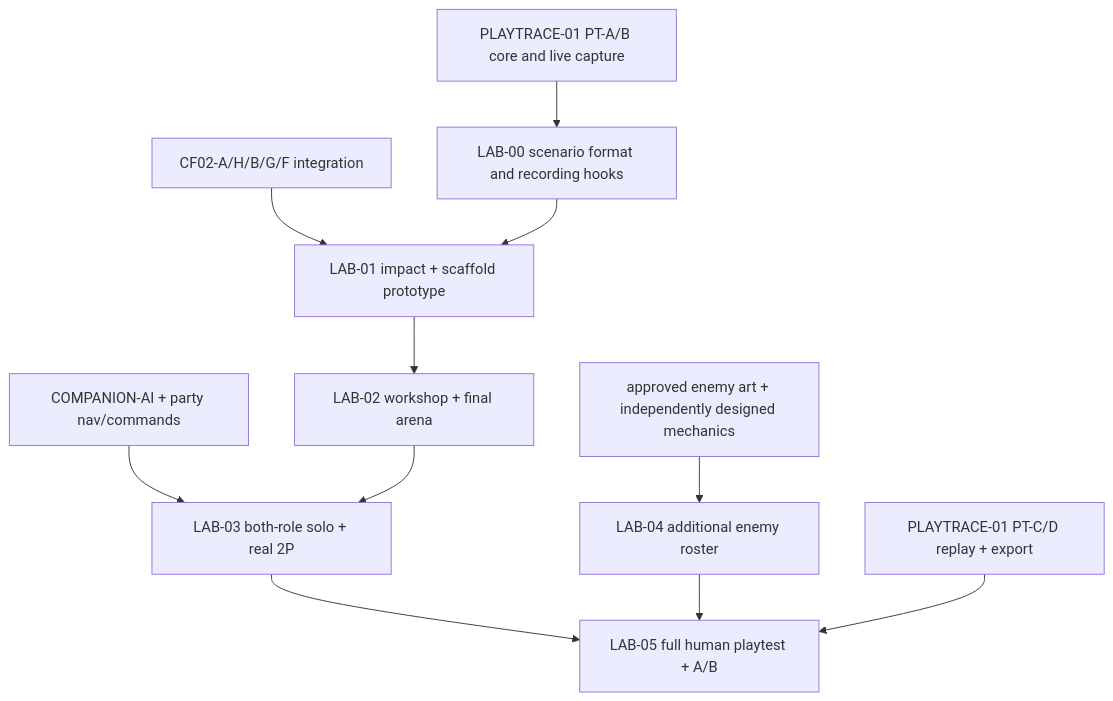
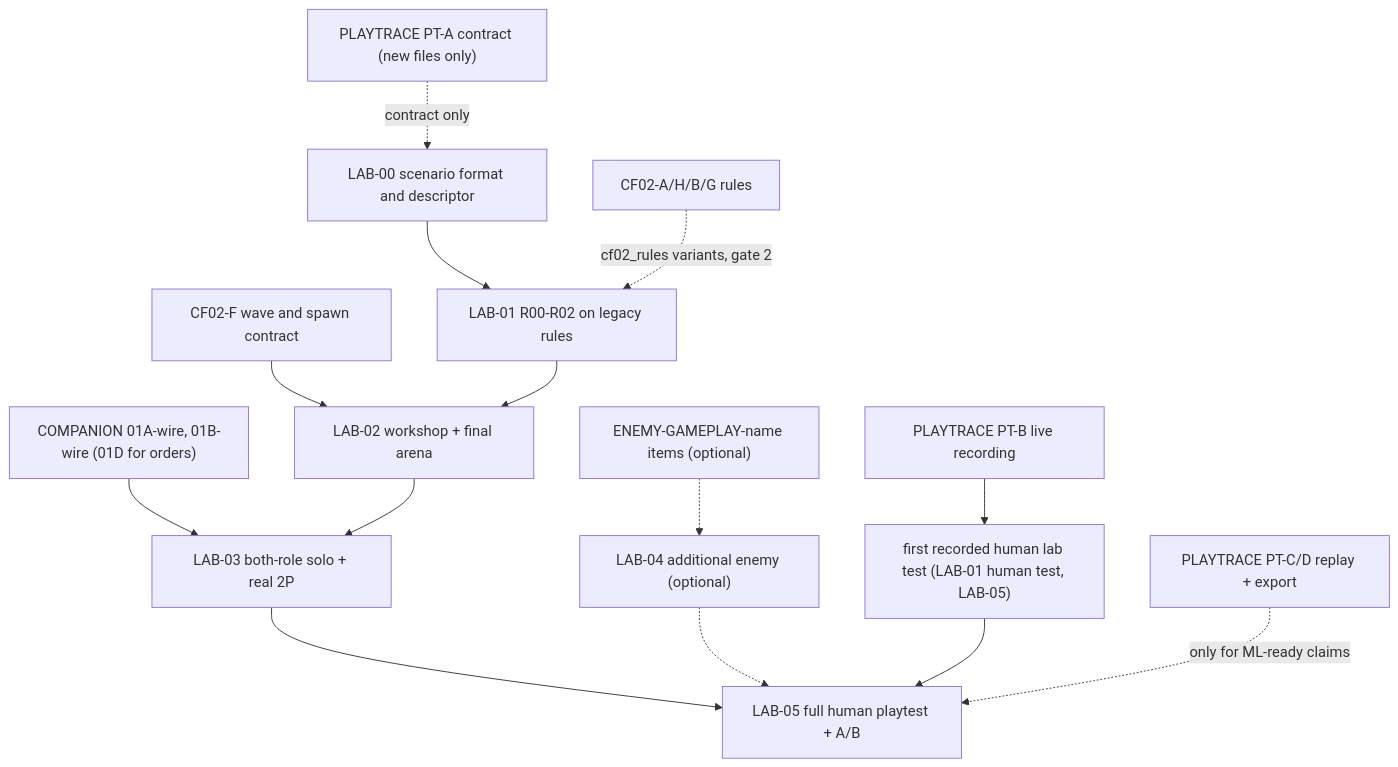
One commit to pando85/dungeon-floorbreak changed the diagram in docs/01-design/combat-lab-01-advanced-playtest.md. Above: the diagram before and after it, drawn with Mermaid. The commit also changed other lines of this file and 7 other files, not shown here.

Commit message:
docs(combat-lab, playtrace): address independent reviews round 1

````diff
--- a/docs/01-design/combat-lab-01-advanced-playtest.md
+++ b/docs/01-design/combat-lab-01-advanced-playtest.md
@@ -113,13 +122,16 @@
 ```mermaid
 flowchart TD
- PT["PLAYTRACE-01 PT-A/B core and live capture"] --> LAB0["LAB-00 scenario format and recording hooks"]
- CF["CF02-A/H/B/G/F integration"] --> LAB1["LAB-01 impact + scaffold prototype"]
- LAB0 --> LAB1
- CA["COMPANION-AI + party nav/commands"] --> LAB3["LAB-03 both-role solo + real 2P"]
- LAB1 --> LAB2["LAB-02 workshop + final arena"]
+ PTA["PLAYTRACE PT-A contract (new files only)"] -.->|contract only| LAB0["LAB-00 scenario format and descriptor"]
+ PTB["PLAYTRACE PT-B live recording"] --> LABH["first recorded human lab test (LAB-01 human test, LAB-05)"]
+ LAB0 --> LAB1["LAB-01 R00-R02 on legacy rules"]
+ CFF["CF02-F wave and spawn contract"] --> LAB2["LAB-02 workshop + final arena"]
+ CFR["CF02-A/H/B/G rules"] -.->|cf02_rules variants, gate 2| LAB1
+ LAB1 --> LAB2
+ CA["COMPANION 01A-wire, 01B-wire (01D for orders)"] --> LAB3["LAB-03 both-role solo + real 2P"]
  LAB2 --> LAB3
- EN["approved enemy art + independently designed mechanics"] --> LAB4["LAB-04 additional enemy roster"]
+ EN["ENEMY-GAMEPLAY-name items (optional)"] -.-> LAB4["LAB-04 additional enemy (optional)"]
  LAB3 --> LAB5["LAB-05 full human playtest + A/B"]
- LAB4 --> LAB5
- PT3["PLAYTRACE-01 PT-C/D replay + export"] --> LAB5
+ LAB4 -.-> LAB5
+ LABH --> LAB5
+ PT3["PLAYTRACE PT-C/D replay + export"] -.->|only for ML-ready claims| LAB5
 ```
````
